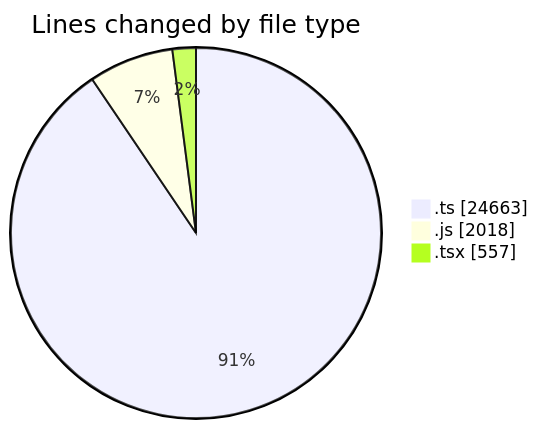
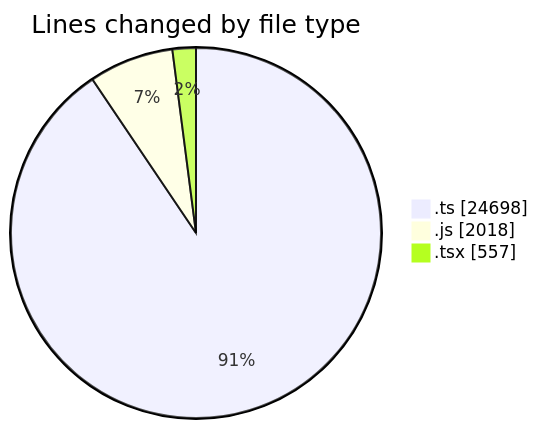
One commit to momahboobian/code-tracking changed the first of 2 diagrams in 2025-06-20/cda/README.md. Above: the diagram before and after it, drawn with Mermaid. The commit also changed other lines of this file and 1 other file, not shown here.

````diff
--- a/2025-06-20/cda/README.md
+++ b/2025-06-20/cda/README.md
@@ -40,7 +40,7 @@
 ```mermaid
 pie showData
 title Lines changed by file type
-".ts" : 24663
+".ts" : 24698
 ".js" : 2018
 ".tsx" : 557
 ```
````
